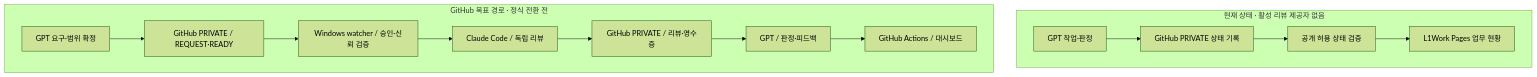
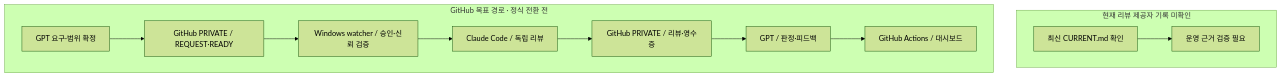
Before and after one commit to wonhwipark/CoWork-Skill-Collab: the diagram in collab/dashboard/SUMMARY.md, drawn with Mermaid (forest theme). The commit also changed other lines of this file and 3 other files, not shown here.

Commit message:
docs(dashboard): refresh GitHub SHADOW view [skip ci]

````diff
--- a/collab/dashboard/SUMMARY.md
+++ b/collab/dashboard/SUMMARY.md
@@ -16,17 +16,15 @@
 ```mermaid
 flowchart TB
-  subgraph LIVE["현재 상태 · 활성 리뷰 제공자 없음"]
-    L1["GPT 작업·판정"] --> L2["GitHub PRIVATE 상태 기록"]
-    L2 --> L3["공개 허용 상태 검증"]
-    L3 --> L4["L1Work Pages 업무 현황"]
+  subgraph LIVE["현재 리뷰 제공자 기록 미확인"]
+    L1["최신 CURRENT.md 확인"] --> L2["운영 근거 검증 필요"]
   end
   subgraph NEXT["GitHub 목표 경로 · 정식 전환 전"]
     A["GPT 요구·범위 확정"] --> B["GitHub PRIVATE / REQUEST·READY"]
     B --> C["Windows watcher / 승인·신뢰 검증"]
     C --> D["Claude Code / 독립 리뷰"]
     D --> E["GitHub PRIVATE / 리뷰·영수증"]
     E --> F["GPT / 판정·피드백"]
     F --> G["GitHub Actions / 대시보드"]
   end
   %% 독립 리뷰 운송은 별도 유효 요청과 LIVE 승인 이후에만 실행
 ```
````
